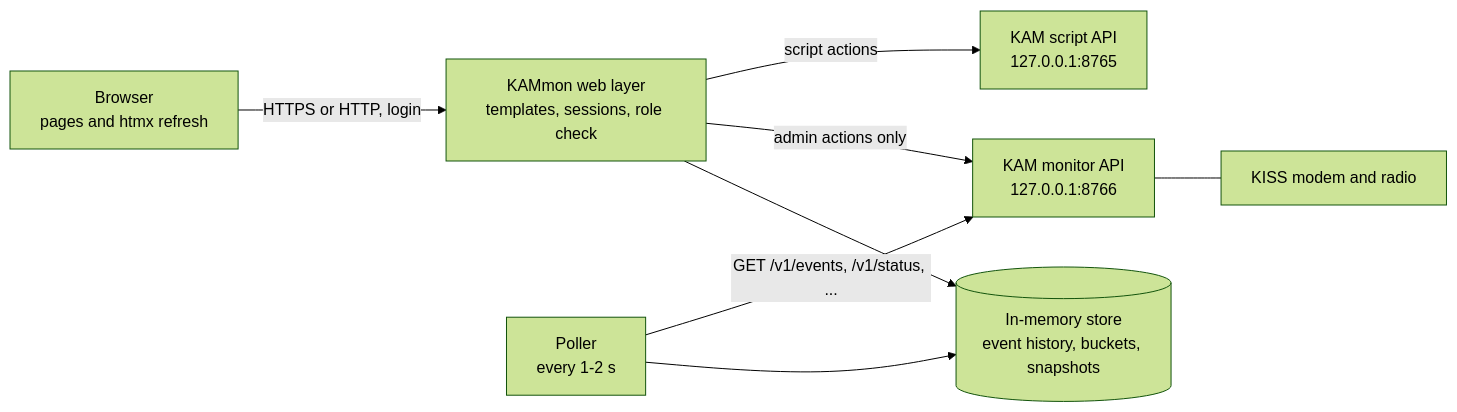
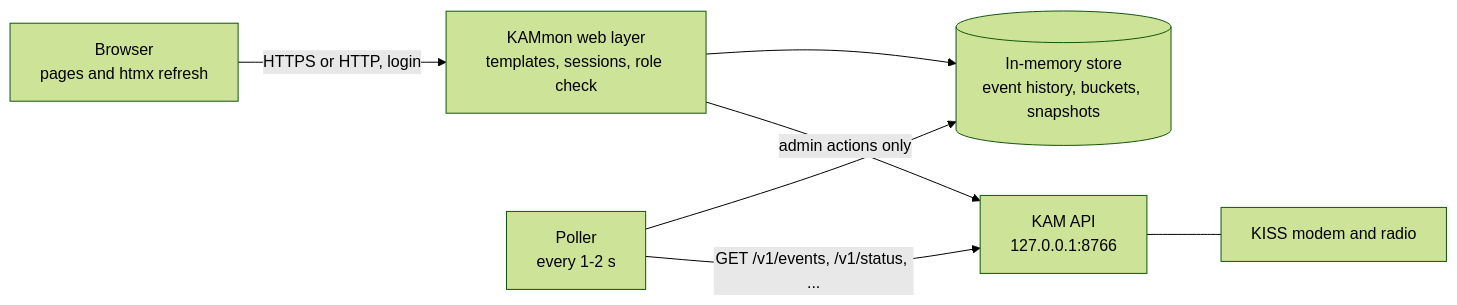
Before and after one commit to MauriceKremer/kammon: the diagram in docs/DESIGN.md, drawn with Mermaid (forest theme). The commit also changed other lines of this file and 16 other files, not shown here.

First line of the commit message:
One KAM address and the KAM API name (D27, D28)

````diff
--- a/docs/DESIGN.md
+++ b/docs/DESIGN.md
@@ -28,10 +28,9 @@
 ```mermaid
 flowchart LR
     Browser["Browser<br/>pages and htmx refresh"] -->|"HTTPS or HTTP, login"| Web["KAMmon web layer<br/>templates, sessions, role check"]
     Web --> Store[("In-memory store<br/>event history, buckets, snapshots")]
     Poller["Poller<br/>every 1-2 s"] --> Store
-    Poller -->|"GET /v1/events, /v1/status, ..."| KAM["KAM monitor API<br/>127.0.0.1:8766"]
+    Poller -->|"GET /v1/events, /v1/status, ..."| KAM["KAM API<br/>127.0.0.1:8766"]
     Web -->|"admin actions only"| KAM
-    Web -->|"script actions"| Scripts["KAM script API<br/>127.0.0.1:8765"]
     KAM --- Radio["KISS modem and radio"]
 ```
````
